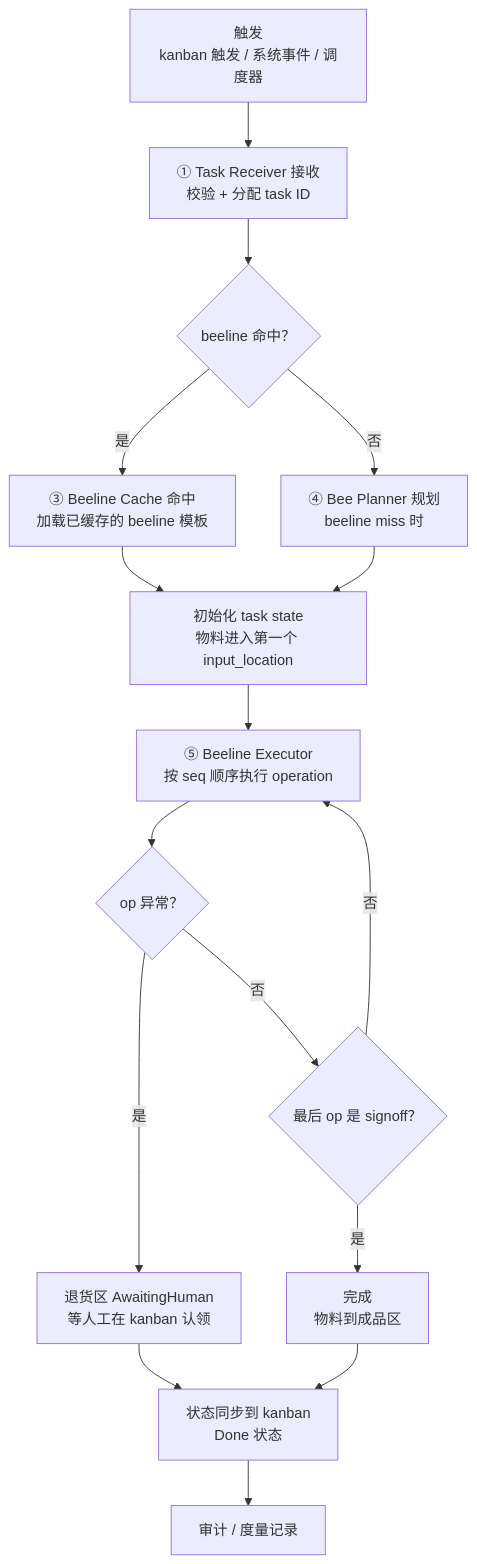
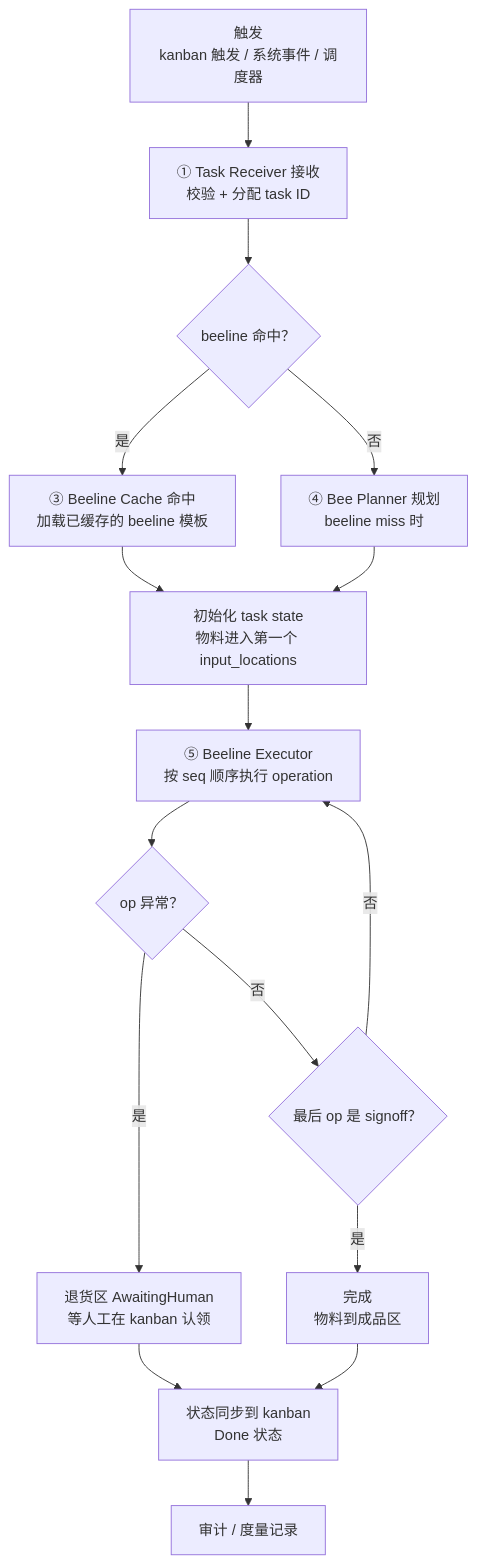
The fifth of 6 diagrams in docs/architecture/kernel-design.md (chehuizi/beeOS), drawn with Mermaid before and after one commit. The commit also changed other lines of this file, not shown here.

First line of the commit message:
docs: operation 字段 input_location / output_location 复数化

````diff
--- a/docs/architecture/kernel-design.md
+++ b/docs/architecture/kernel-design.md
@@ -327,32 +327,32 @@
 ```mermaid
 flowchart TB
   trigger["触发\nkanban 触发 / 系统事件 / 调度器"]
   receive["① Task Receiver 接收\n校验 + 分配 task ID"]
   locateHit{"beeline 命中？"}
   cache["③ Beeline Cache 命中\n加载已缓存的 beeline 模板"]
   planner["④ Bee Planner 规划\nbeeline miss 时"]
-  init["初始化 task state\n物料进入第一个 input_location"]
+  init["初始化 task state\n物料进入第一个 input_locations"]
   loop["⑤ Beeline Executor\n按 seq 顺序执行 operation"]
   exception{"op 异常？"}
   returnTo["退货区 AwaitingHuman\n等人工在 kanban 认领"]
   signoff{"最后 op 是 signoff？"}
   finished["完成\n物料到成品区"]
   kanban["状态同步到 kanban\nDone 状态"]
   audit["审计 / 度量记录"]
 
   trigger --> receive
   receive --> locateHit
   locateHit -->|是| cache
   locateHit -->|否| planner
   cache --> init
   planner --> init
   init --> loop
   loop --> exception
   exception -->|是| returnTo
   exception -->|否| signoff
   returnTo --> kanban
   signoff -->|是| finished
   signoff -->|否| loop
   finished --> kanban
   kanban --> audit
 ```
````
